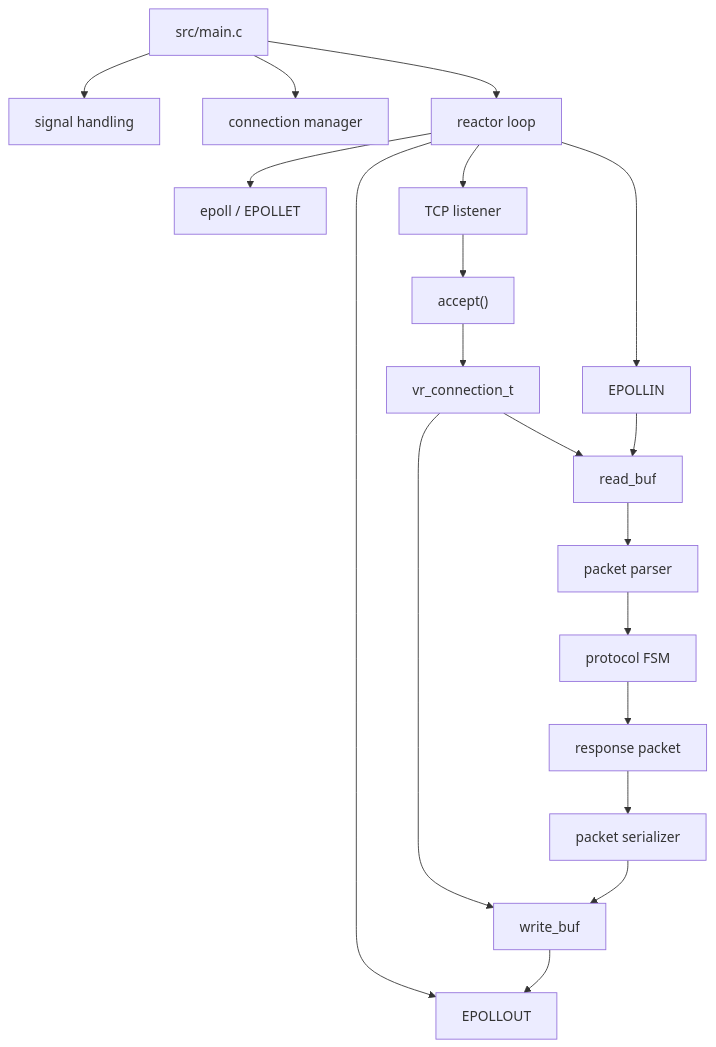
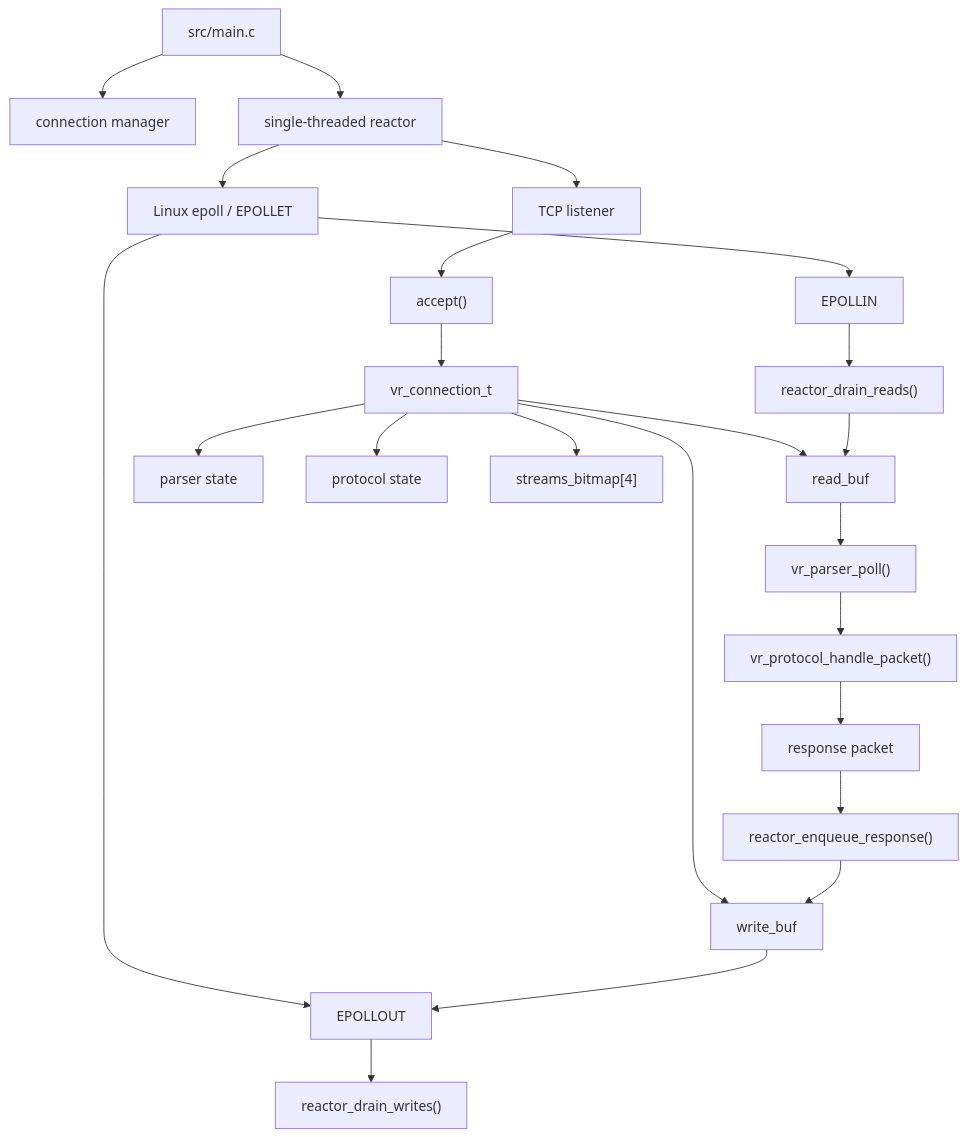
One commit to Vishisht-Dwivedi/Velora changed the first of 7 diagrams in README.md. Above: the diagram before and after it, drawn with Mermaid. The commit also changed other lines of this file and 8 other files, not shown here.

````diff
--- a/README.md
+++ b/README.md
@@ -11,27 +34,30 @@
 ```mermaid
 flowchart TB
-    MAIN["src/main.c"] --> SIGNAL["signal handling"]
-    MAIN --> MANAGER["connection manager"]
-    MAIN --> REACTOR["reactor loop"]
-
-    REACTOR --> EPOLL["epoll / EPOLLET"]
+    MAIN["src/main.c"] --> MANAGER["connection manager"]
+    MAIN --> REACTOR["single-threaded reactor"]
+    REACTOR --> EPOLL["Linux epoll / EPOLLET"]
     REACTOR --> LISTENER["TCP listener"]
 
     LISTENER --> ACCEPT["accept()"]
     ACCEPT --> CONN["vr_connection_t"]
 
-    REACTOR --> READ["EPOLLIN"]
-    REACTOR --> WRITE["EPOLLOUT"]
-
     CONN --> READBUF["read_buf"]
     CONN --> WRITEBUF["write_buf"]
+    CONN --> PARSERSTATE["parser state"]
+    CONN --> PROTOSTATE["protocol state"]
+    CONN --> STREAMS["streams_bitmap[4]"]
 
+    EPOLL --> IN["EPOLLIN"]
+    EPOLL --> OUT["EPOLLOUT"]
+
+    IN --> READ["reactor_drain_reads()"]
     READ --> READBUF
-    READBUF --> PARSER["packet parser"]
-    PARSER --> PROTOCOL["protocol FSM"]
+    READBUF --> PARSER["vr_parser_poll()"]
+    PARSER --> PROTOCOL["vr_protocol_handle_packet()"]
+
     PROTOCOL --> RESPONSE["response packet"]
-
-    RESPONSE --> SERIALIZE["packet serializer"]
-    SERIALIZE --> WRITEBUF
-    WRITEBUF --> WRITE
+    RESPONSE --> ENQUEUE["reactor_enqueue_response()"]
+    ENQUEUE --> WRITEBUF
+    WRITEBUF --> OUT
+    OUT --> WRITE["reactor_drain_writes()"]
 ```
````
